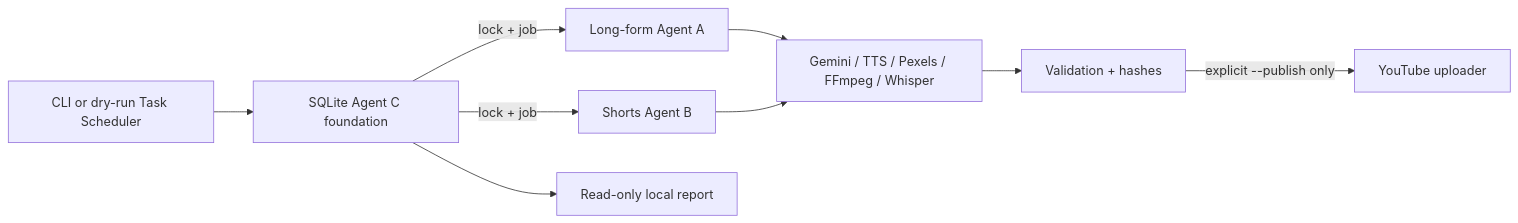
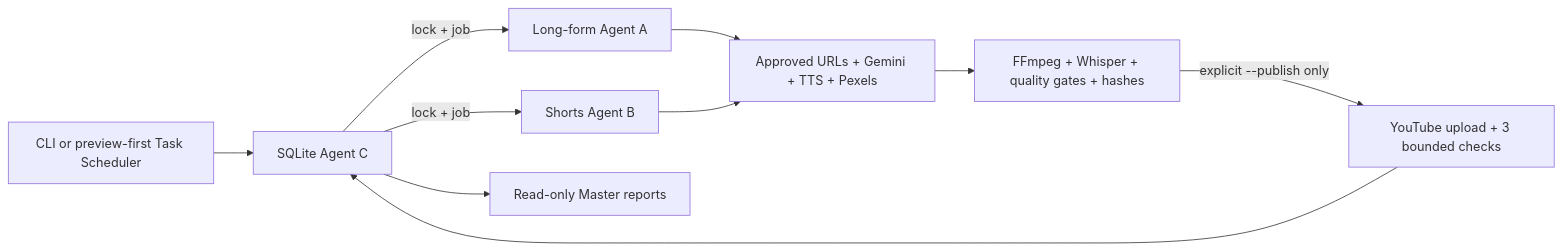
One commit to kdgohil01/ai_orchestration changed the first of 2 diagrams in README.md. Above: the diagram before and after it, drawn with Mermaid. The commit also changed other lines of this file and 34 other files, not shown here.

````diff
--- a/README.md
+++ b/README.md
@@ -37,10 +41,11 @@
 ```mermaid
 flowchart LR
-    S[CLI or dry-run Task Scheduler] --> C[SQLite Agent C foundation]
+    S[CLI or preview-first Task Scheduler] --> C[SQLite Agent C]
     C -->|lock + job| A[Long-form Agent A]
     C -->|lock + job| B[Shorts Agent B]
-    A & B --> R[Gemini / TTS / Pexels / FFmpeg / Whisper]
-    R --> V[Validation + hashes]
-    V -->|explicit --publish only| Y[YouTube uploader]
-    C --> M[Read-only local report]
+    A & B --> R[Approved URLs + Gemini + TTS + Pexels]
+    R --> V[FFmpeg + Whisper + quality gates + hashes]
+    V -->|explicit --publish only| Y[YouTube upload + 3 bounded checks]
+    Y --> C
+    C --> M[Read-only Master reports]
 ```
````
